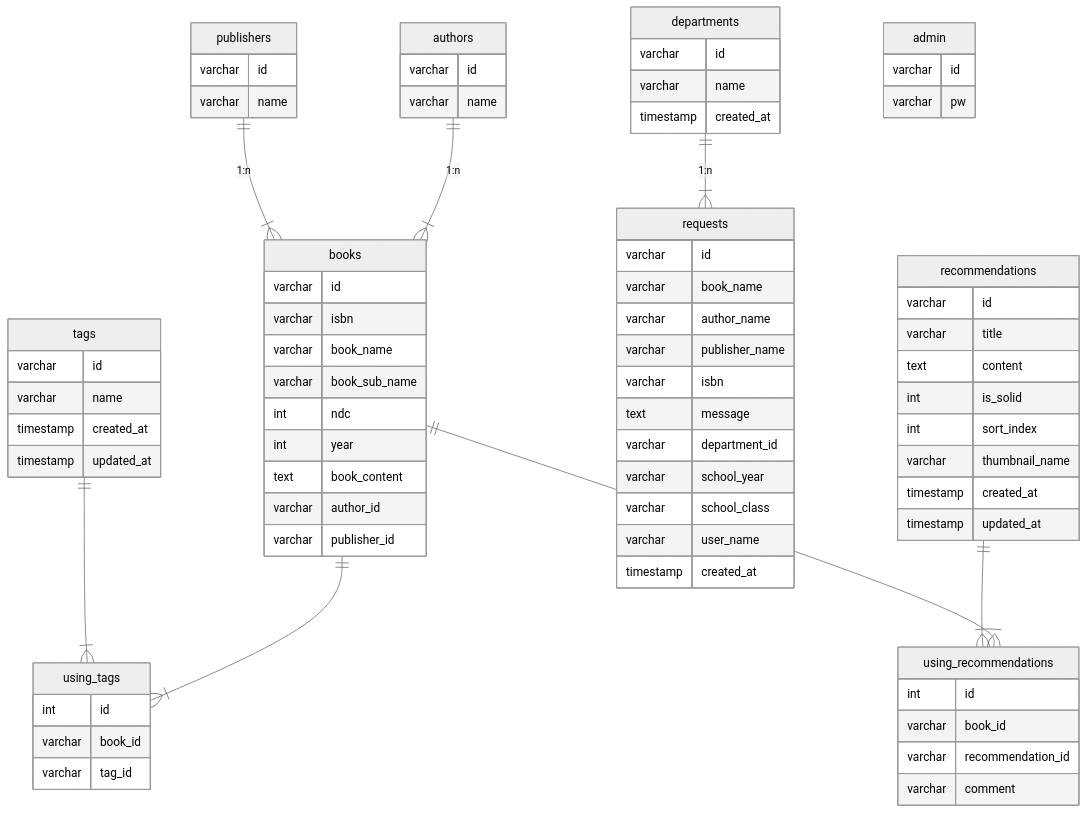
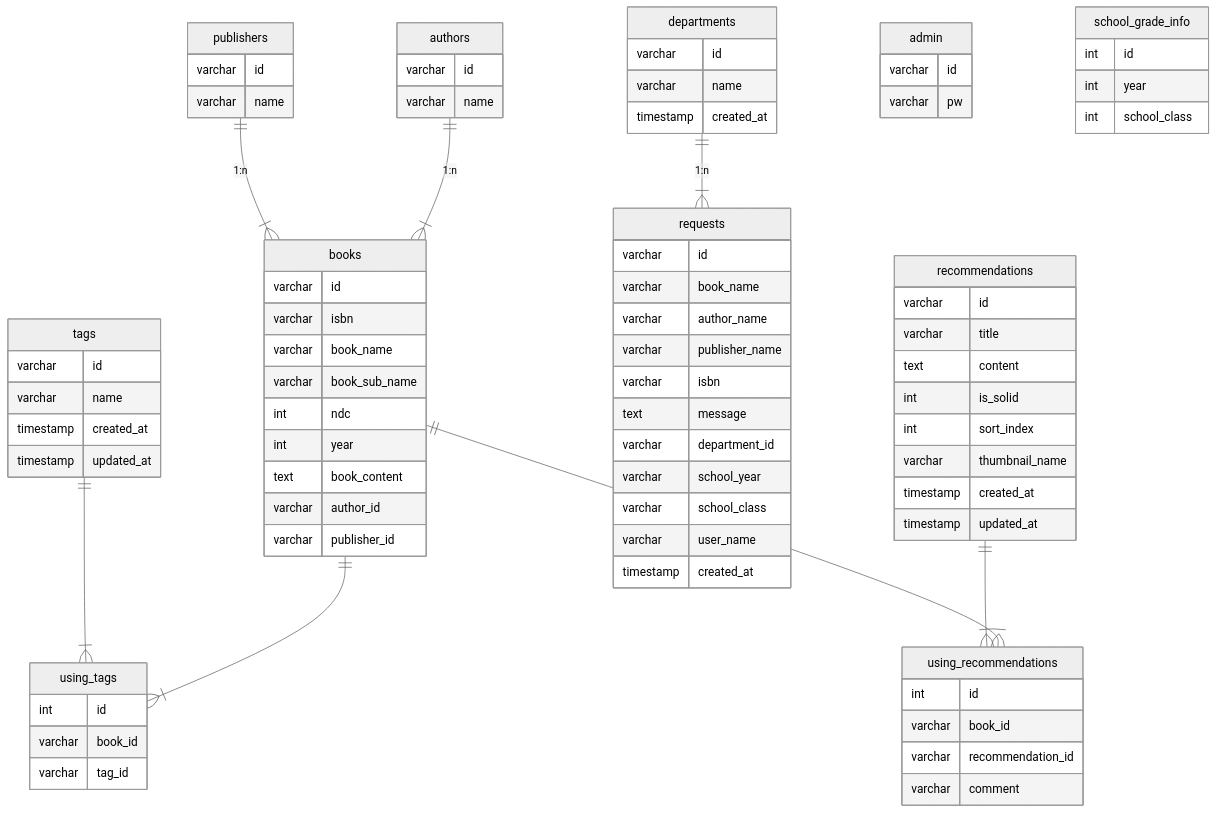
The diagram in DOC/about-db.md (booksearch-hotate/hotate-server), drawn with Mermaid (neutral theme) before and after one commit.

Commit message:
school_grade_infoのエンティティが表示されてない不具合を修正

````diff
--- a/DOC/about-db.md
+++ b/DOC/about-db.md
@@ -90,4 +90,10 @@
   varchar recommendation_id
   varchar comment
 }
+
+school_grade_info {
+  int id
+  int year
+  int school_class
+}
 ```
````
